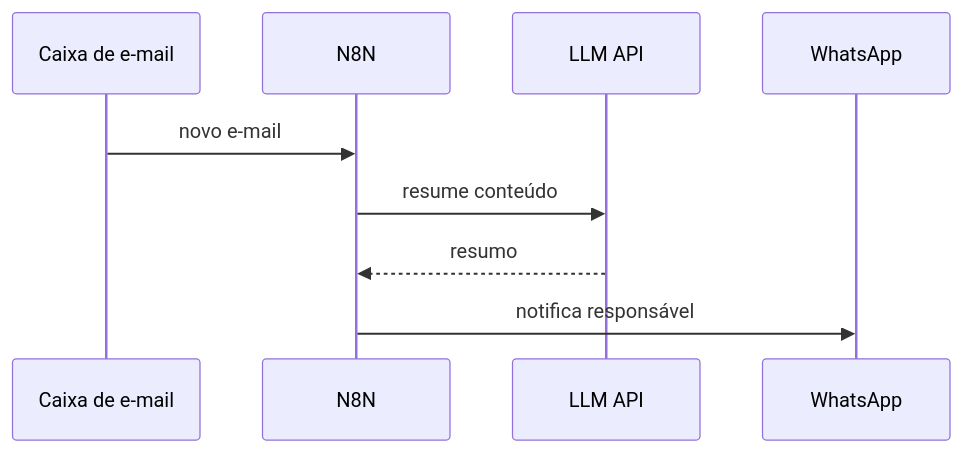
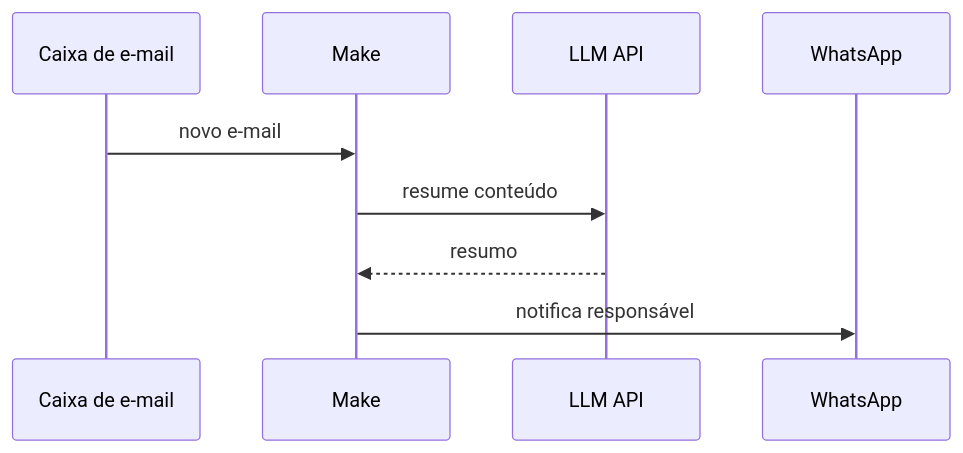
The fourth of 4 diagrams in docs/architecture.md (Rodrigo-A-Rodrigues/app-copilot-ia), drawn with Mermaid before and after one commit. The commit also changed other lines of this file and 10 other files, not shown here.

````diff
--- a/docs/architecture.md
+++ b/docs/architecture.md
@@ -204,12 +204,12 @@
 ```mermaid
 sequenceDiagram
   participant M as Caixa de e-mail
-  participant N8N as N8N
+  participant Make as Make
   participant LLM as LLM API
   participant WA as WhatsApp
 
-  M->>N8N: novo e-mail
-  N8N->>LLM: resume conteúdo
-  LLM-->>N8N: resumo
-  N8N->>WA: notifica responsável
+  M->>Make: novo e-mail
+  Make->>LLM: resume conteúdo
+  LLM-->>Make: resumo
+  Make->>WA: notifica responsável
 ```
````
